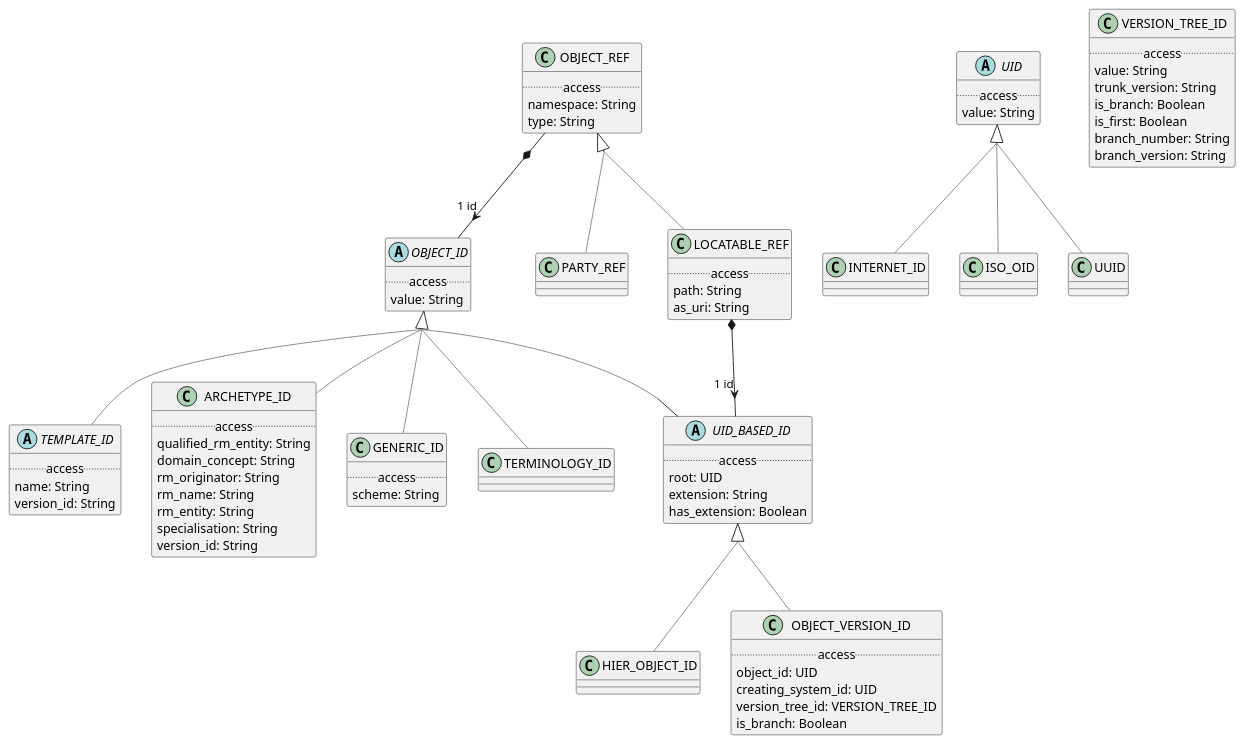
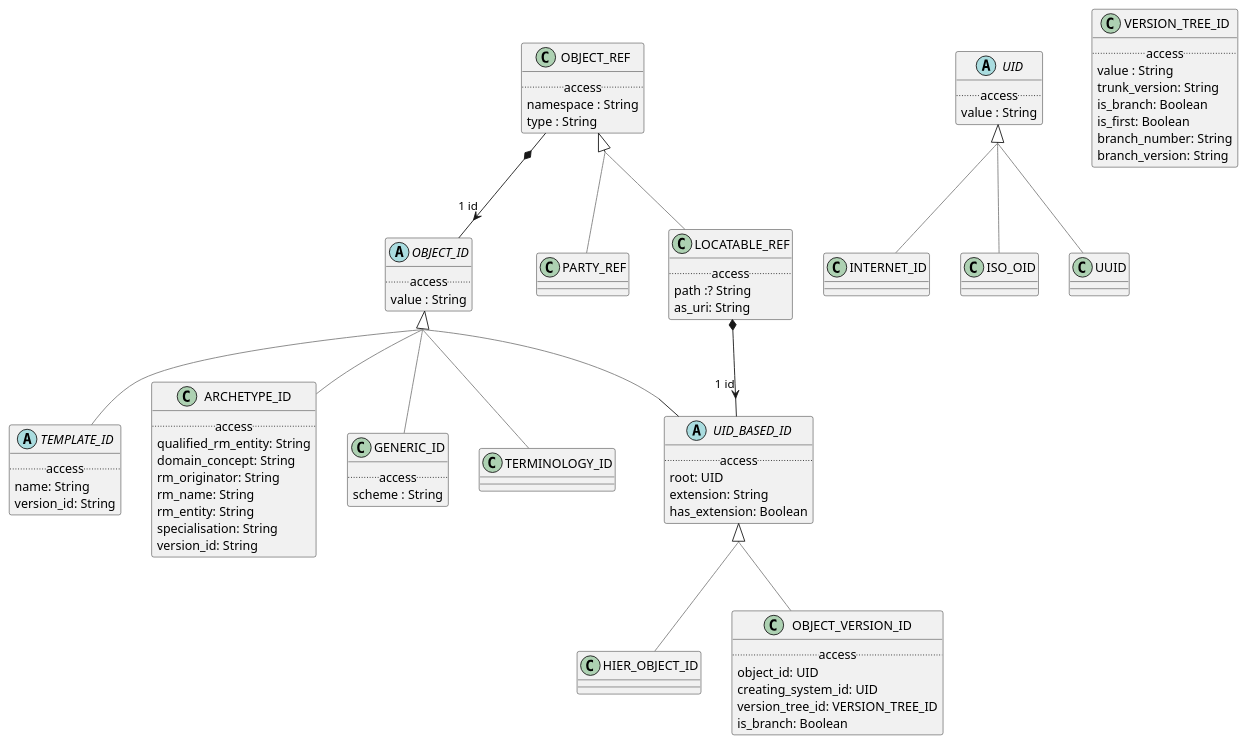
The diagram in modules/ROOT/examples/bmm/representation/identification/identification-package-uml.adoc (wolandscat/openehr-doc), drawn with PlantUML before and after one commit. The commit also changed 1814 other files, not shown here.

```diff
--- a/modules/ROOT/examples/bmm/representation/identification/identification-package-uml.adoc
+++ b/modules/ROOT/examples/bmm/representation/identification/identification-package-uml.adoc
@@ -8,10 +8,9 @@
 
 class OBJECT_REF [[/openehr-doc/latest/representation/identification-gen.html#_class_object_ref]] {
         .. access ..
-        namespace: String
-        type: String
+        namespace : String
+        type : String
 }
-
 
 OBJECT_REF *--> "1 id" OBJECT_ID
 
@@ -23,20 +22,18 @@
 
 abstract class UID [[/openehr-doc/latest/representation/identification-gen.html#_class_uid]] {
         .. access ..
-        value: String
+        value : String
 }
-
 
 class VERSION_TREE_ID [[/openehr-doc/latest/representation/identification-gen.html#_class_version_tree_id]] {
         .. access ..
-        value: String
+        value : String
         trunk_version: String
         is_branch: Boolean
         is_first: Boolean
         branch_number: String
         branch_version: String
 }
-
 
 abstract class TEMPLATE_ID [[/openehr-doc/latest/representation/identification-gen.html#_class_template_id]] {
         .. access ..
@@ -85,7 +82,7 @@
 
 class GENERIC_ID [[/openehr-doc/latest/representation/identification-gen.html#_class_generic_id]] {
         .. access ..
-        scheme: String
+        scheme : String
 }
 
 GENERIC_ID -[#gray]up-|> OBJECT_ID  
@@ -110,9 +107,8 @@
 
 abstract class OBJECT_ID [[/openehr-doc/latest/representation/identification-gen.html#_class_object_id]] {
         .. access ..
-        value: String
+        value : String
 }
-
 
 class PARTY_REF [[/openehr-doc/latest/representation/identification-gen.html#_class_party_ref]] {
 }
@@ -128,7 +124,7 @@
 
 class LOCATABLE_REF [[/openehr-doc/latest/representation/identification-gen.html#_class_locatable_ref]] {
         .. access ..
-        path: String
+        path :? String
         as_uri: String
 }
 
```
